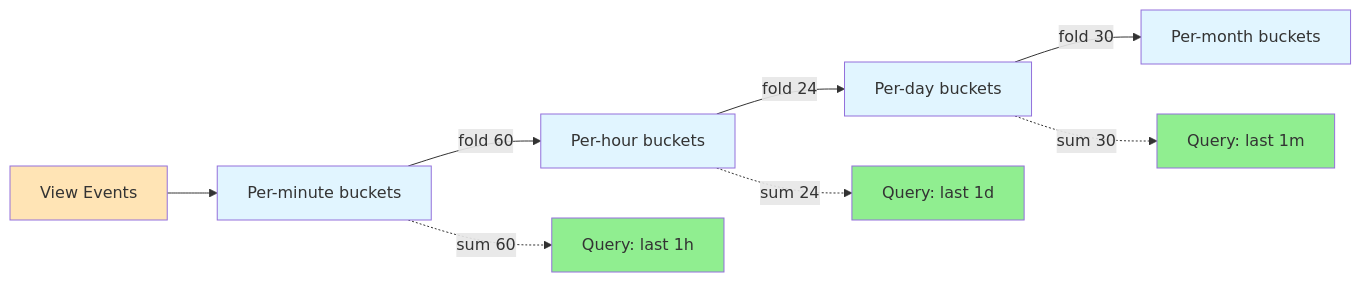
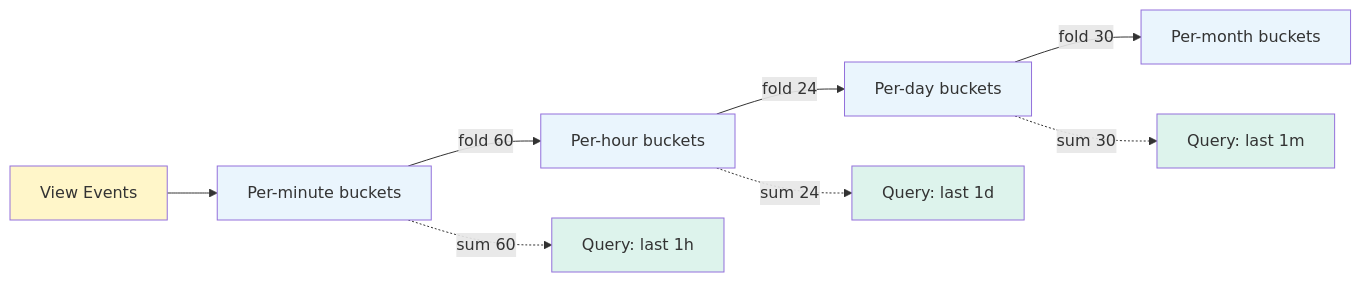
Before and after one commit to cartmancodes/InterviewVault: the fourth of 6 diagrams in LLD/questions/Design YouTube Top K.md, drawn with Mermaid. The commit also changed other lines of this file and 679 other files, not shown here.

Commit message:
Unify content diagrams and add accessible visual walkthroughs

````diff
--- a/LLD/questions/Design YouTube Top K.md
+++ b/LLD/questions/Design YouTube Top K.md
@@ -273,20 +273,20 @@
 ```mermaid
 graph LR
     EV[View Events] --> MIN[Per-minute buckets]
     MIN -->|fold 60| HR[Per-hour buckets]
     HR -->|fold 24| DAY[Per-day buckets]
     DAY -->|fold 30| MON[Per-month buckets]
 
     MIN -.sum 60.-> Q1["Query: last 1h"]
     HR -.sum 24.-> Q2["Query: last 1d"]
     DAY -.sum 30.-> Q3["Query: last 1m"]
 
-    style EV fill:#FFE4B5
-    style MIN fill:#e1f5ff
-    style HR fill:#e1f5ff
-    style DAY fill:#e1f5ff
-    style MON fill:#e1f5ff
-    style Q1 fill:#90EE90
-    style Q2 fill:#90EE90
-    style Q3 fill:#90EE90
+    style EV fill:#FFF6C9
+    style MIN fill:#EAF5FD
+    style HR fill:#EAF5FD
+    style DAY fill:#EAF5FD
+    style MON fill:#EAF5FD
+    style Q1 fill:#DDF3EC
+    style Q2 fill:#DDF3EC
+    style Q3 fill:#DDF3EC
 ```
````
